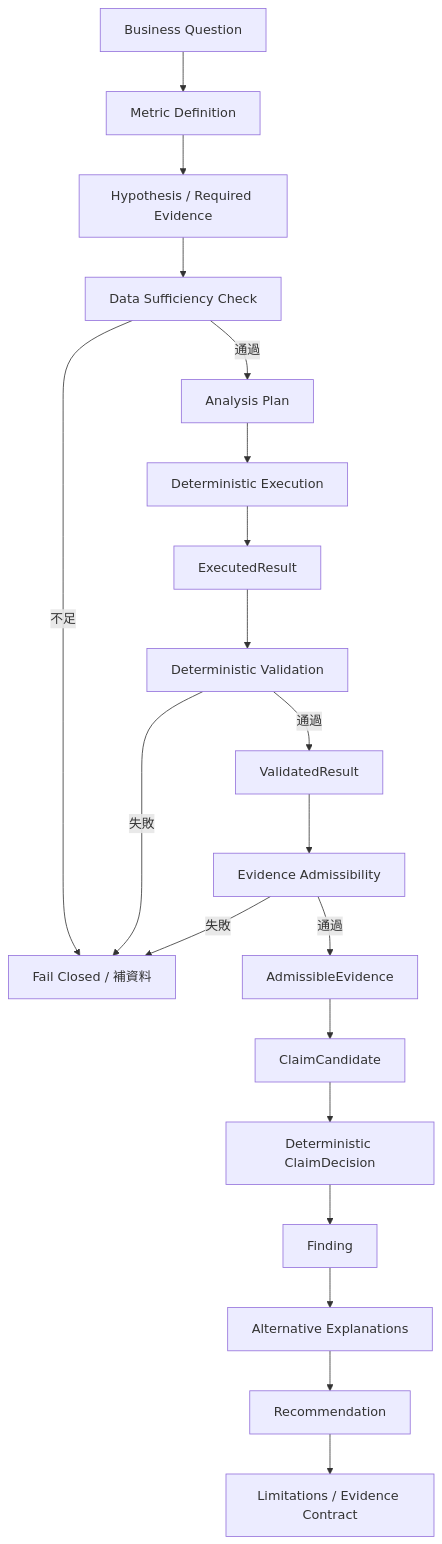
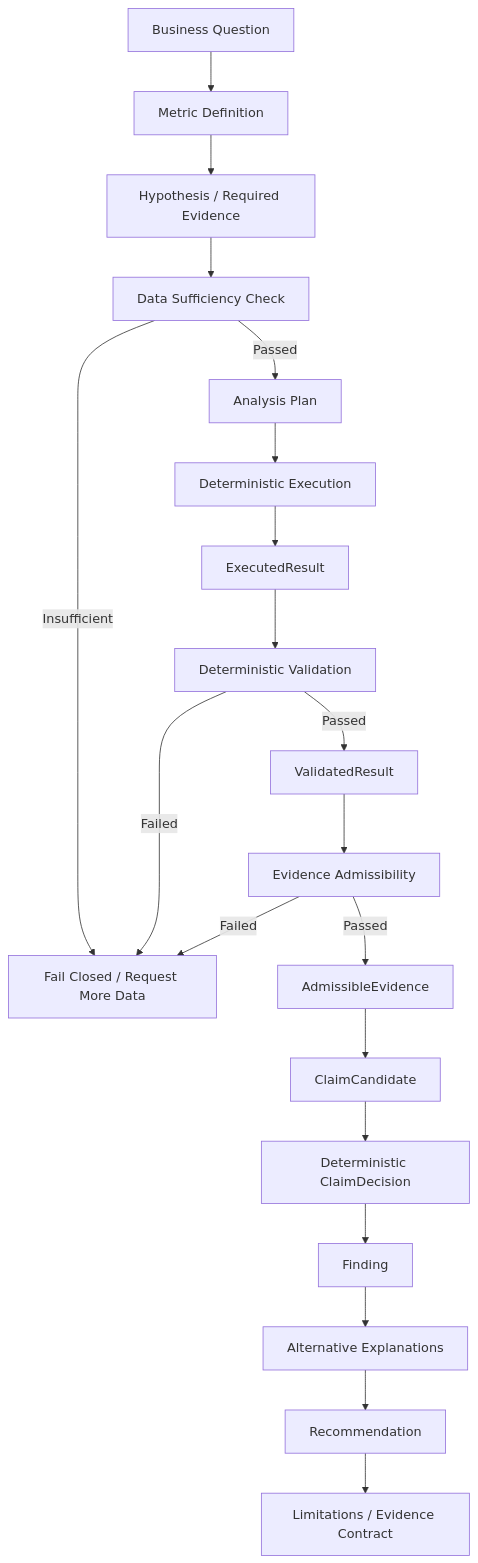
The diagram in COMMERCE_LENS_PROJECT_GOALS_AND_ROADMAP_P7_2026-09-01.md (daniel-j-lin/commerce-lens), drawn with Mermaid before and after one commit. The commit also changed other lines of this file and 1 other file, not shown here.

Commit message:
Make project roadmap English-first

````diff
--- a/COMMERCE_LENS_PROJECT_GOALS_AND_ROADMAP_P7_2026-09-01.md
+++ b/COMMERCE_LENS_PROJECT_GOALS_AND_ROADMAP_P7_2026-09-01.md
@@ -84,22 +88,22 @@
 ```mermaid
 flowchart TD
     A["Business Question"] --> B["Metric Definition"]
     B --> C["Hypothesis / Required Evidence"]
     C --> D["Data Sufficiency Check"]
-    D -->|不足| X["Fail Closed / 補資料"]
-    D -->|通過| E["Analysis Plan"]
+    D -->|Insufficient| X["Fail Closed / Request More Data"]
+    D -->|Passed| E["Analysis Plan"]
     E --> F["Deterministic Execution"]
     F --> G["ExecutedResult"]
     G --> H["Deterministic Validation"]
-    H -->|失敗| X
-    H -->|通過| I["ValidatedResult"]
+    H -->|Failed| X
+    H -->|Passed| I["ValidatedResult"]
     I --> J["Evidence Admissibility"]
-    J -->|失敗| X
-    J -->|通過| K["AdmissibleEvidence"]
+    J -->|Failed| X
+    J -->|Passed| K["AdmissibleEvidence"]
     K --> L["ClaimCandidate"]
     L --> M["Deterministic ClaimDecision"]
     M --> N["Finding"]
     N --> O["Alternative Explanations"]
     O --> P["Recommendation"]
     P --> Q["Limitations / Evidence Contract"]
 ```
````
